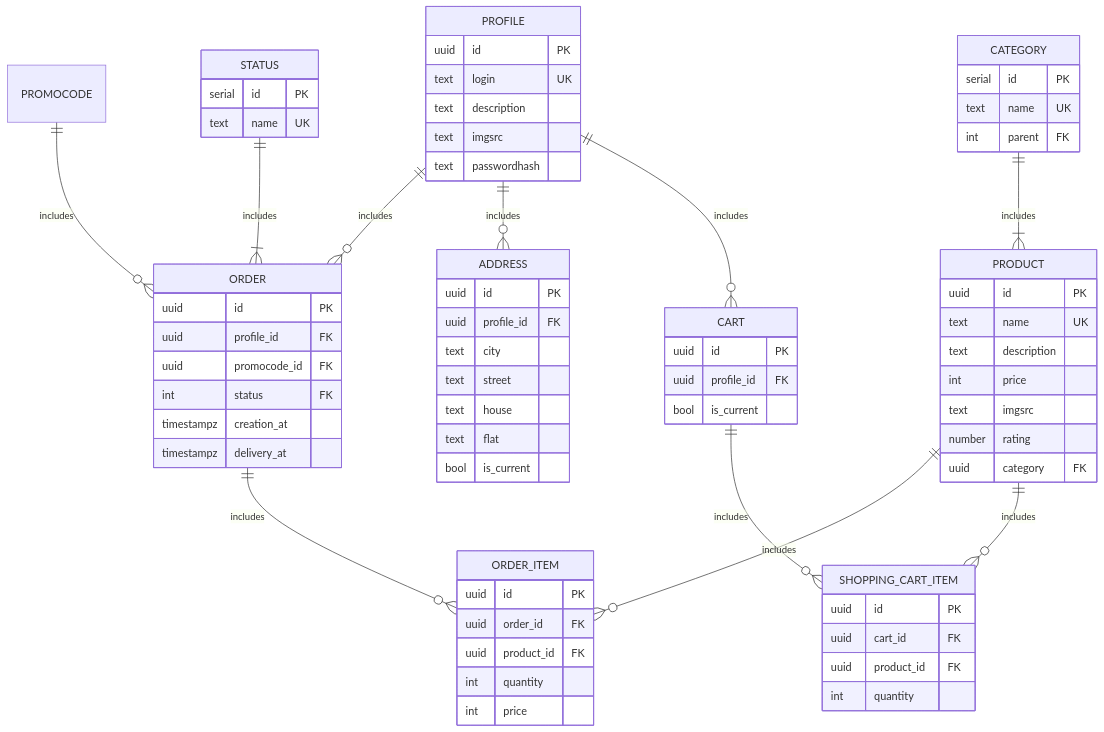
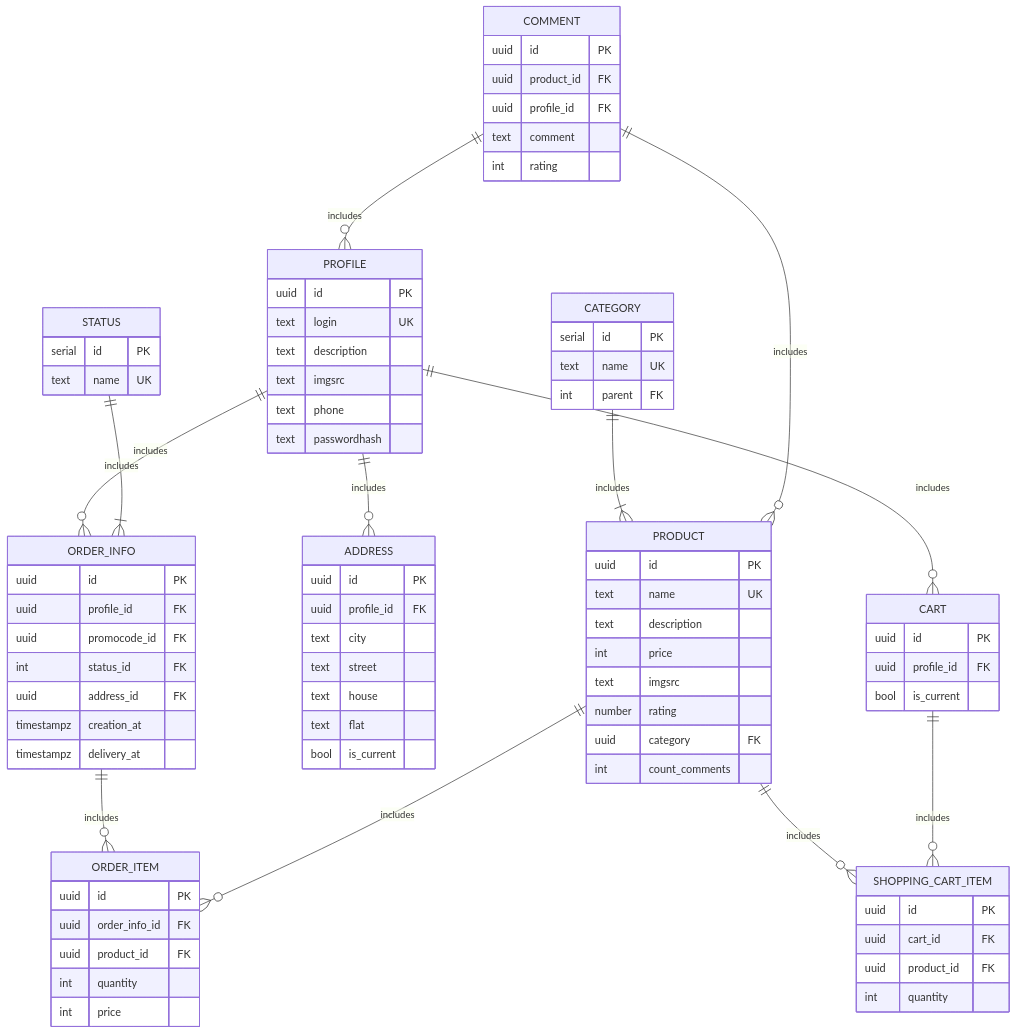
Before and after one commit to MrDjeb/Highload_Ozon: the diagram in README.md, drawn with Mermaid.

Commit message:
update db

````diff
--- a/README.md
+++ b/README.md
@@ -109,23 +109,27 @@
 ```mermaid
 erDiagram
-  PROFILE ||--o{ ORDER : includes
+  PROFILE ||--o{ ORDER_INFO : includes
   PROFILE ||--o{ ADDRESS : includes
   PROFILE ||--o{ CART : includes
 
-  PROMOCODE ||--o{ ORDER : includes
-  ORDER ||--o{ ORDER_ITEM : includes
+  ORDER_INFO ||--o{ ORDER_ITEM : includes
 
   PRODUCT ||--o{ ORDER_ITEM: includes
   PRODUCT ||--o{ SHOPPING_CART_ITEM : includes
   CATEGORY ||--|{ PRODUCT : includes
-  STATUS ||--|{ ORDER : includes
+  STATUS ||--|{ ORDER_INFO : includes
   CART ||--o{ SHOPPING_CART_ITEM : includes
+
+  COMMENT ||--o{ PROFILE : includes
+  COMMENT ||--o{ PRODUCT : includes
+
 
   PROFILE {
     uuid id PK
     text login UK
     text description
     text imgsrc
+	text phone
     text passwordhash
   }
 
@@ -137,14 +141,24 @@
     text imgsrc
     number rating
     uuid category FK
+	int	count_comments
+  }
+
+  COMMENT {
+    uuid id PK
+    uuid product_id FK
+    uuid profile_id FK
+	text comment
+	int rating
   }
 
 
-  ORDER {
+  ORDER_INFO {
     uuid id PK
     uuid profile_id FK
     uuid promocode_id FK
-    int status FK
+    int status_id FK
+	uuid address_id FK
     timestampz creation_at
     timestampz delivery_at
   }
@@ -156,7 +170,7 @@
 
   ORDER_ITEM {
     uuid id PK
-    uuid order_id FK
+    uuid order_info_id FK
     uuid product_id FK
     int quantity
     int price
````
